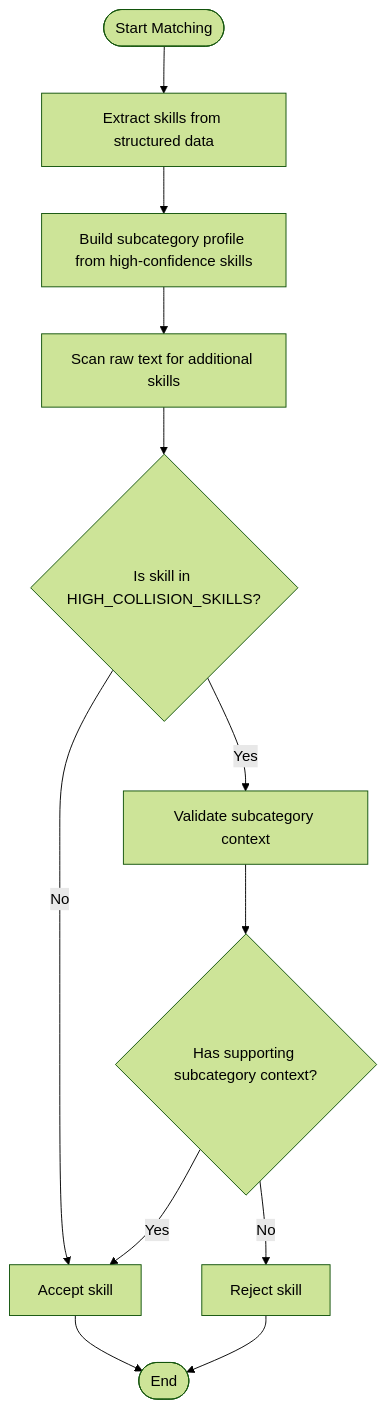
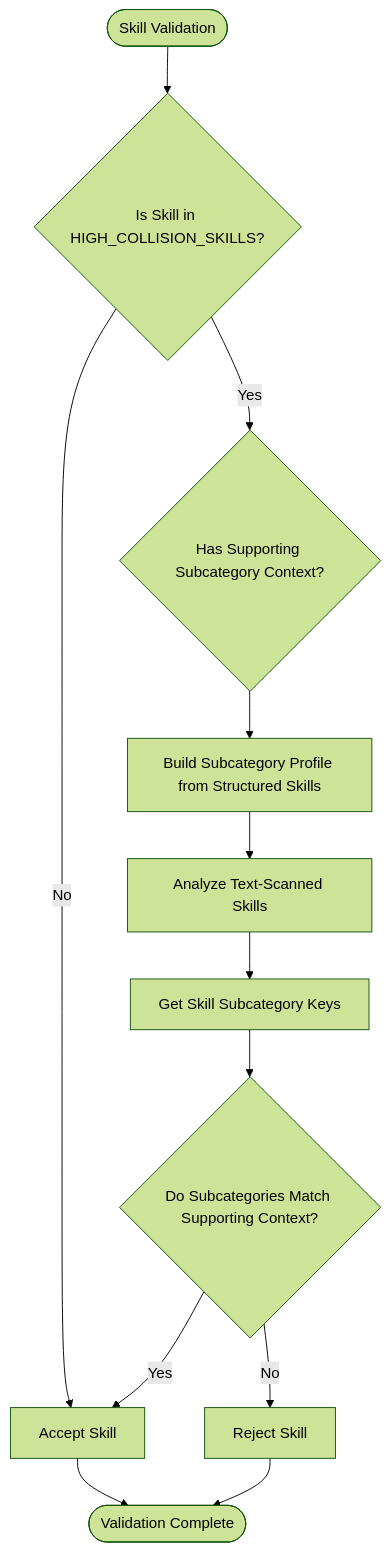
Before and after one commit to Revanththetalogics/aireume: the fifth of 8 diagrams in .qoder/repowiki/en/content/Advanced Topics/Skills Registry Extension.md, drawn with Mermaid (forest theme). The commit also changed other lines of this file and 41 other files, not shown here.

Commit message:
feat: ATS evolution sprint — auto skill tagging, kanban board, candidate profile, tenant email config

````diff
--- a/.qoder/repowiki/en/content/Advanced Topics/Skills Registry Extension.md
+++ b/.qoder/repowiki/en/content/Advanced Topics/Skills Registry Extension.md
@@ -351,14 +477,14 @@
 ```mermaid
 flowchart TD
-Start(["Start Matching"]) --> Structured["Extract skills from structured data"]
-Structured --> BuildProfile["Build subcategory profile from high-confidence skills"]
-BuildProfile --> TextScan["Scan raw text for additional skills"]
-TextScan --> HighCollision{"Is skill in HIGH_COLLISION_SKILLS?"}
-HighCollision --> |No| Accept["Accept skill"]
-HighCollision --> |Yes| Validate["Validate subcategory context"]
-Validate --> HasContext{"Has supporting subcategory context?"}
-HasContext --> |Yes| Accept
-HasContext --> |No| Reject["Reject skill"]
-Accept --> End(["End"])
+Start(["Skill Validation"]) --> CheckCollision{"Is Skill in HIGH_COLLISION_SKILLS?"}
+CheckCollision --> |No| Accept["Accept Skill"]
+CheckCollision --> |Yes| CheckContext{"Has Supporting Subcategory Context?"}
+CheckContext --> BuildProfile["Build Subcategory Profile from Structured Skills"]
+BuildProfile --> AnalyzeText["Analyze Text-Scanned Skills"]
+AnalyzeText --> GetSubcats["Get Skill Subcategory Keys"]
+GetSubcats --> CompareContext{"Do Subcategories Match Supporting Context?"}
+CompareContext --> |Yes| Accept
+CompareContext --> |No| Reject["Reject Skill"]
+Accept --> End(["Validation Complete"])
 Reject --> End
 ```
````
